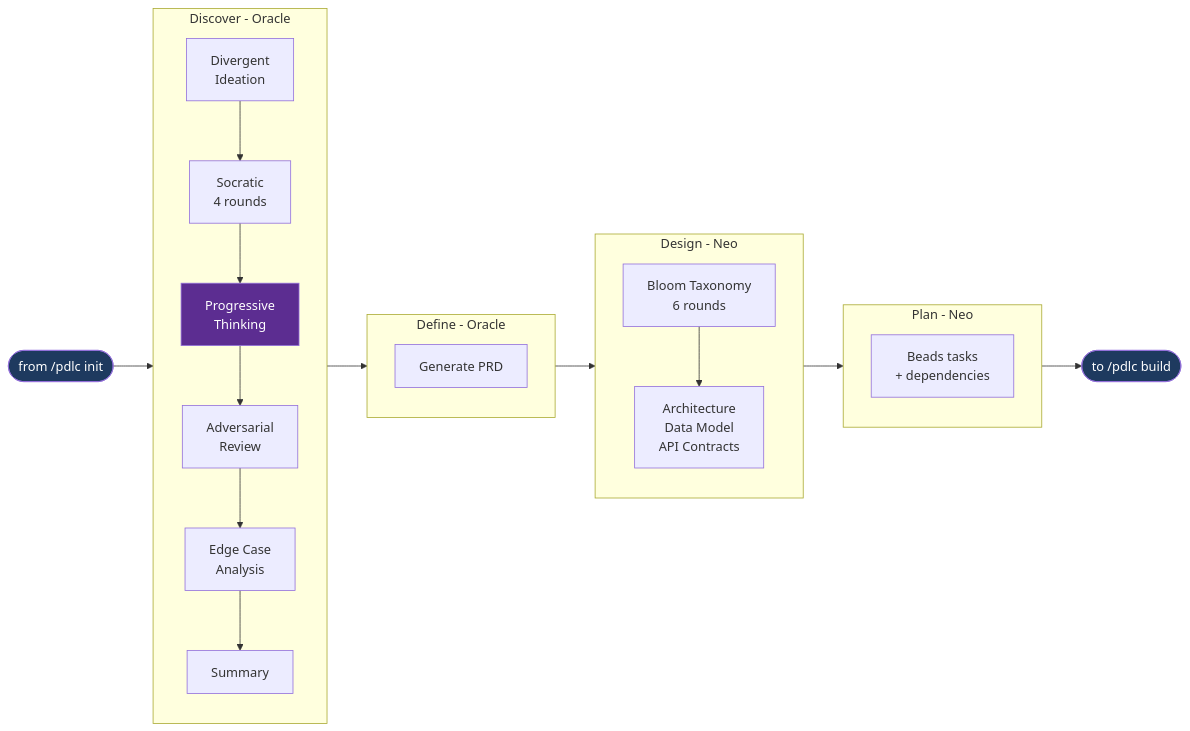
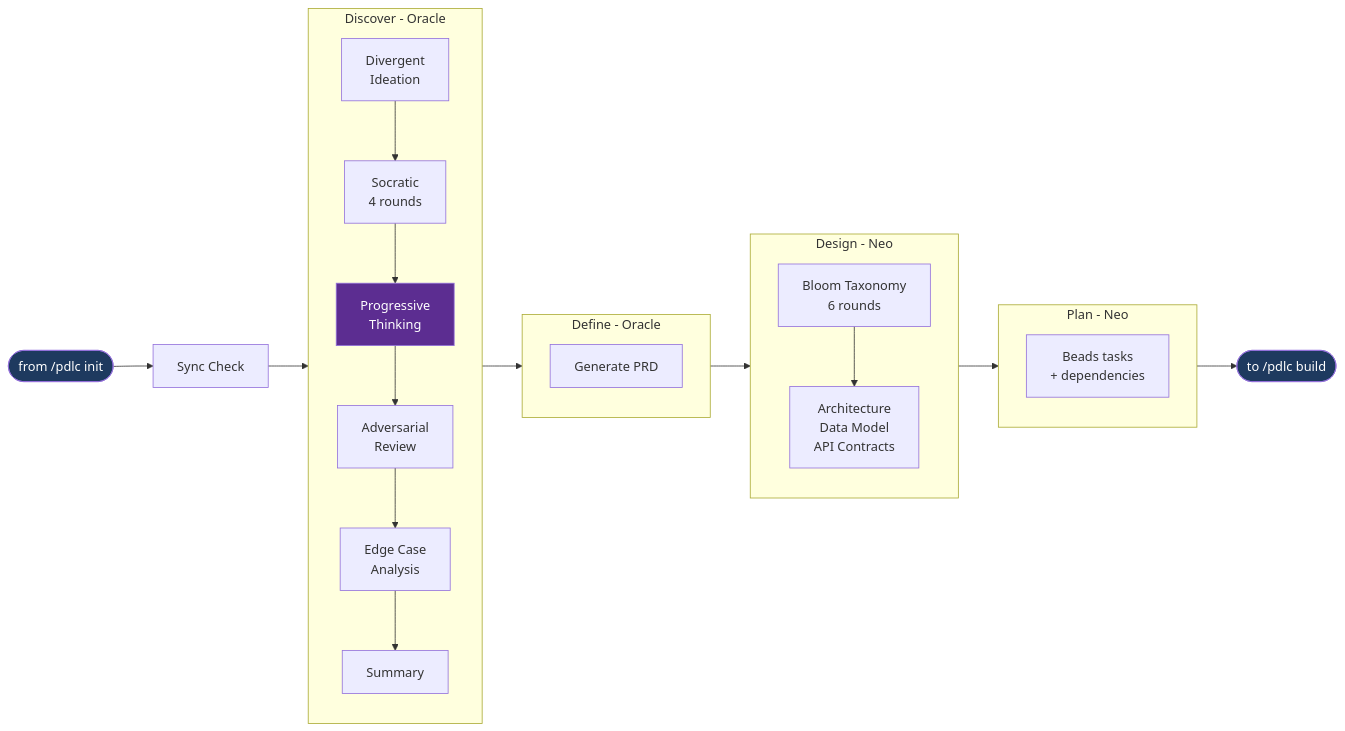
Before and after one commit to pdlc-os/pdlc: the second of 4 diagrams in docs/wiki/03-phases-in-detail.md, drawn with Mermaid. The commit also changed other lines of this file and 10 other files, not shown here.

First line of the commit message:
feat: remote sync check at every phase boundary with team assessment

````diff
--- a/docs/wiki/03-phases-in-detail.md
+++ b/docs/wiki/03-phases-in-detail.md
@@ -45,22 +45,22 @@
 ```mermaid
 flowchart LR
     subgraph DISCOVER["Discover - Oracle"]
         DIV[Divergent\nIdeation] --> SOC[Socratic\n4 rounds] --> PROG["Progressive\nThinking"] --> ADV[Adversarial\nReview] --> EDGE[Edge Case\nAnalysis] --> SUM["Summary"]
     end
     subgraph DEFINE["Define - Oracle"]
         PRD["Generate PRD"]
     end
     subgraph DESIGN["Design - Neo"]
         BLOOM[Bloom Taxonomy\n6 rounds] --> DOCS["Architecture\nData Model\nAPI Contracts"]
     end
     subgraph PLAN_PHASE["Plan - Neo"]
         TASKS["Beads tasks\n+ dependencies"]
     end
-    FROMINIT(["from /pdlc init"]) --> DISCOVER
+    FROMINIT(["from /pdlc init"]) --> SYNC["Sync Check"] --> DISCOVER
     DISCOVER --> DEFINE --> DESIGN --> PLAN_PHASE
     PLAN_PHASE --> TOBUILD(["to /pdlc build"])
 
     style PROG fill:#5c2d91,color:#fff
     style TOBUILD fill:#1e3a5f,color:#fff
     style FROMINIT fill:#1e3a5f,color:#fff
 ```
````
